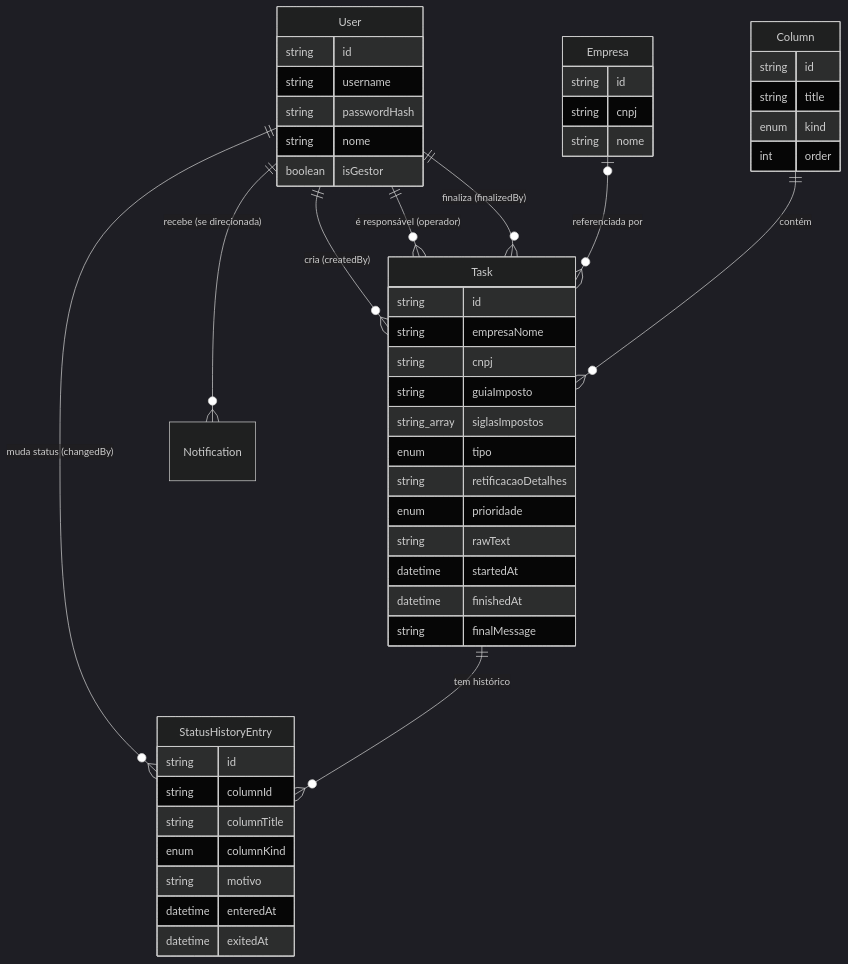
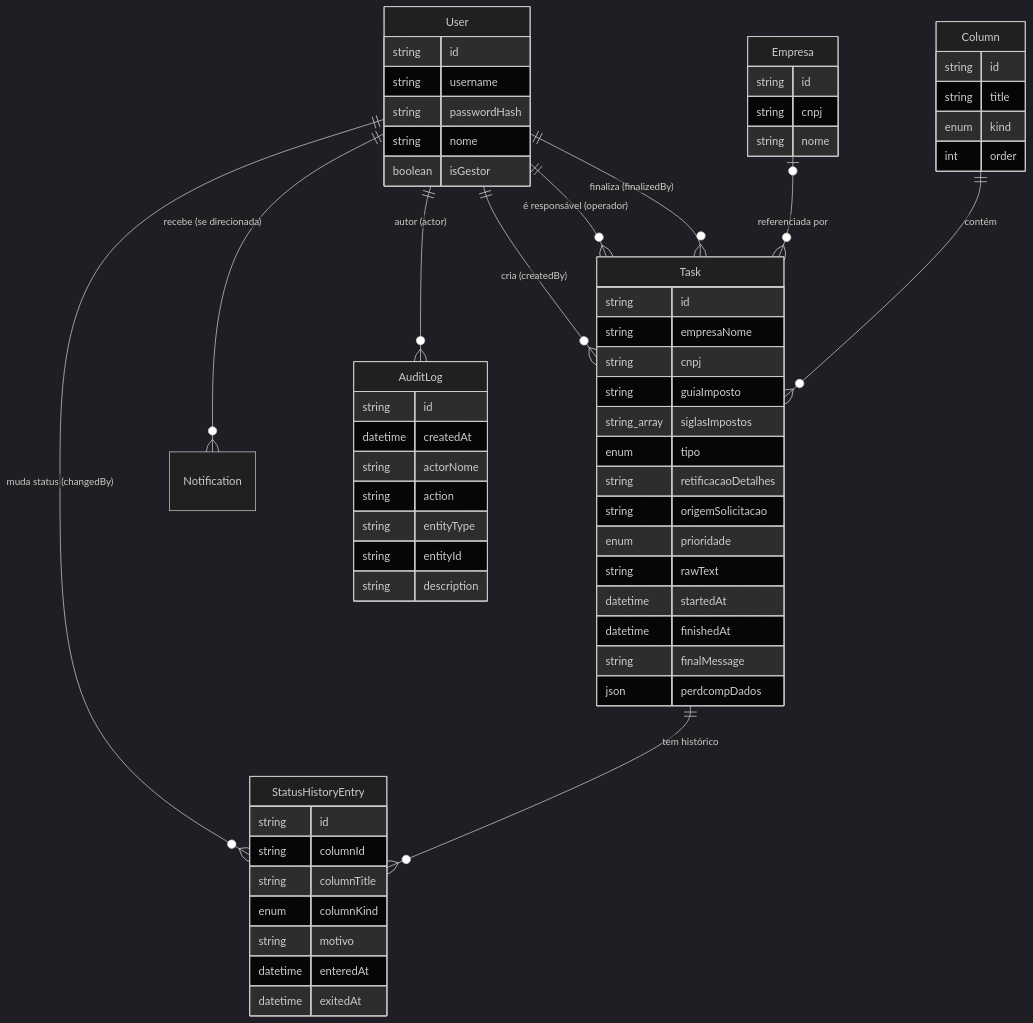
Before and after one commit to Clamilton/sistemas_reserva: the diagram in docs/03 - Modelo de Dados.md, drawn with Mermaid (dark theme). The commit also changed other lines of this file and 12 other files, not shown here.

````diff
--- a/docs/03 - Modelo de Dados.md
+++ b/docs/03 - Modelo de Dados.md
@@ -13,53 +13,65 @@
 ```mermaid
 erDiagram
     User ||--o{ Task : "cria (createdBy)"
     User ||--o{ Task : "é responsável (operador)"
     User ||--o{ Task : "finaliza (finalizedBy)"
     User ||--o{ StatusHistoryEntry : "muda status (changedBy)"
     User ||--o{ Notification : "recebe (se direcionada)"
+    User ||--o{ AuditLog : "autor (actor)"
     Empresa |o--o{ Task : "referenciada por"
     Column ||--o{ Task : "contém"
     Task ||--o{ StatusHistoryEntry : "tem histórico"
 
     User {
         string id
         string username
         string passwordHash
         string nome
         boolean isGestor
     }
     Empresa {
         string id
         string cnpj
         string nome
     }
     Column {
         string id
         string title
         enum kind
         int order
     }
     Task {
         string id
         string empresaNome
         string cnpj
         string guiaImposto
         string_array siglasImpostos
         enum tipo
         string retificacaoDetalhes
+        string origemSolicitacao
         enum prioridade
         string rawText
         datetime startedAt
         datetime finishedAt
         string finalMessage
+        json perdcompDados
     }
     StatusHistoryEntry {
         string id
         string columnId
         string columnTitle
         enum columnKind
         string motivo
         datetime enteredAt
         datetime exitedAt
     }
+    AuditLog {
+        string id
+        datetime createdAt
+        string actorNome
+        string action
+        string entityType
+        string entityId
+        string description
+    }
 ```
````
